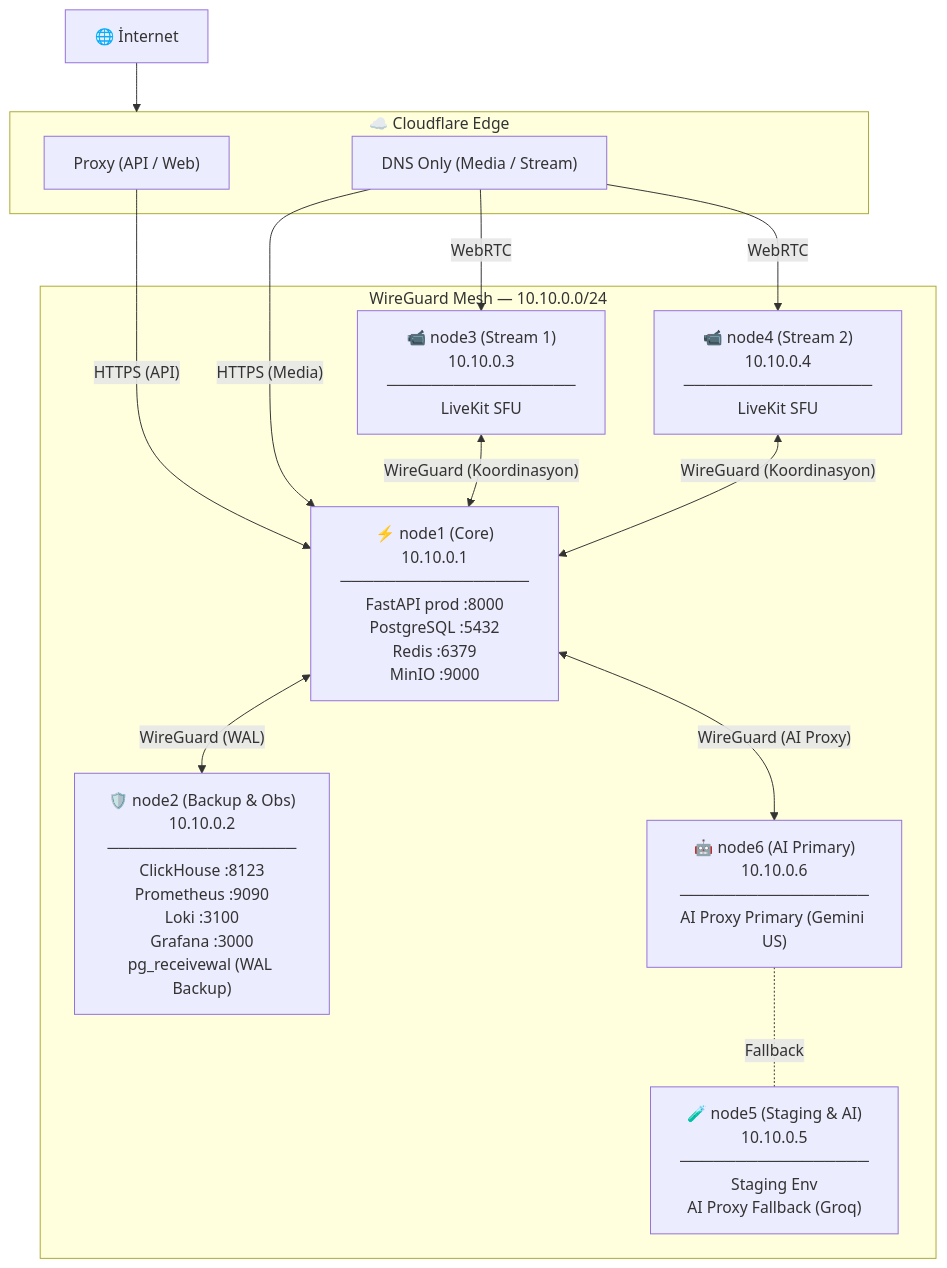
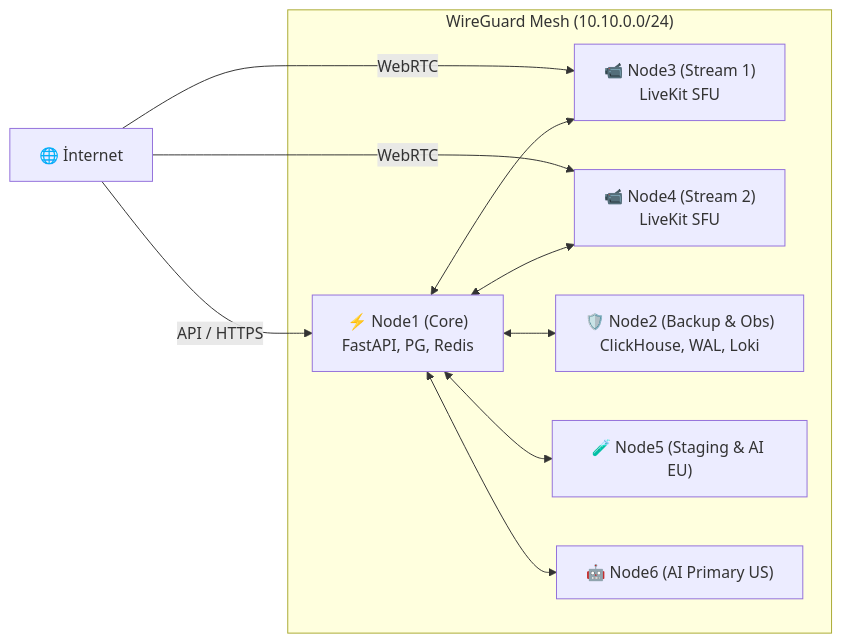
The sixth of 7 diagrams in README.md (tucibeyin/teqlif), drawn with Mermaid before and after one commit. The commit also changed other lines of this file, not shown here.

````diff
--- a/README.md
+++ b/README.md
@@ -163,35 +296,21 @@
 ```mermaid
-flowchart TB
-    INET["🌐 İnternet"]
-
-    subgraph CF_EDGE["☁️ Cloudflare Edge"]
-        CF_PROXY["Proxy (API / Web)"]
-        CF_DNS["DNS Only (Media / Stream)"]
+flowchart LR
+    INET["🌐 İnternet"] -->|"API / HTTPS"| N1
+    INET -->|"WebRTC"| N3
+    INET -->|"WebRTC"| N4
+    
+    subgraph WG["WireGuard Mesh (10.10.0.0/24)"]
+        N1["⚡ Node1 (Core)\nFastAPI, PG, Redis"] 
+        N2["🛡️ Node2 (Backup & Obs)\nClickHouse, WAL, Loki"]
+        N3["📹 Node3 (Stream 1)\nLiveKit SFU"]
+        N4["📹 Node4 (Stream 2)\nLiveKit SFU"]
+        N5["🧪 Node5 (Staging & AI EU)"]
+        N6["🤖 Node6 (AI Primary US)"]
+        
+        N1 <--> N2
+        N1 <--> N3
+        N1 <--> N4
+        N1 <--> N5
+        N1 <--> N6
     end
-
-    subgraph WG_MESH["WireGuard Mesh — 10.10.0.0/24"]
-        N1["⚡ node1 (Core)\n10.10.0.1\n─────────────────\nFastAPI prod :8000\nPostgreSQL :5432\nRedis :6379\nMinIO :9000"]
-        
-        N2["🛡️ node2 (Backup & Obs)\n10.10.0.2\n─────────────────\nClickHouse :8123\nPrometheus :9090\nLoki :3100\nGrafana :3000\npg_receivewal (WAL Backup)"]
-
-        N3["📹 node3 (Stream 1)\n10.10.0.3\n─────────────────\nLiveKit SFU"]
-        
-        N4["📹 node4 (Stream 2)\n10.10.0.4\n─────────────────\nLiveKit SFU"]
-
-        N5["🧪 node5 (Staging & AI)\n10.10.0.5\n─────────────────\nStaging Env\nAI Proxy Fallback (Groq)"]
-        
-        N6["🤖 node6 (AI Primary)\n10.10.0.6\n─────────────────\nAI Proxy Primary (Gemini US)"]
-    end
-
-    INET --> CF_EDGE
-    CF_PROXY -->|"HTTPS (API)"| N1
-    CF_DNS -->|"HTTPS (Media)"| N1
-    CF_DNS -->|"WebRTC"| N3
-    CF_DNS -->|"WebRTC"| N4
-    
-    N1 <-->|"WireGuard (WAL)"| N2
-    N1 <-->|"WireGuard (AI Proxy)"| N6
-    N6 -.-|"Fallback"| N5
-    N3 <-->|"WireGuard (Koordinasyon)"| N1
-    N4 <-->|"WireGuard (Koordinasyon)"| N1
 ```
````
